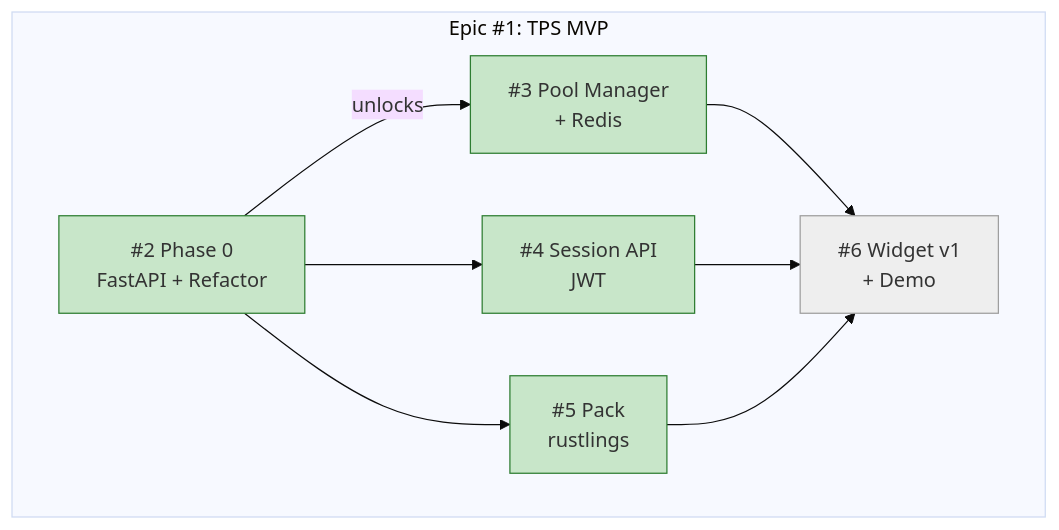
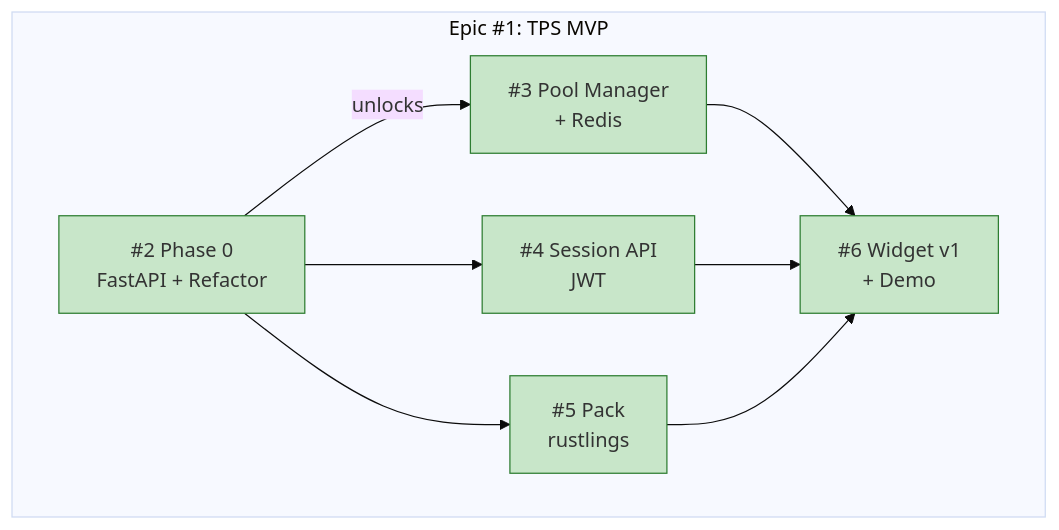
The diagram in docs/proposals/epic-1-tps-mvp/progress.md (info-tech-io/web-terminal), drawn with Mermaid (base theme) before and after one commit. The commit also changed other lines of this file and 12 other files, not shown here.

````diff
--- a/docs/proposals/epic-1-tps-mvp/progress.md
+++ b/docs/proposals/epic-1-tps-mvp/progress.md
@@ -5,17 +5,17 @@
 ```mermaid
 graph TD
     subgraph "Epic #1: TPS MVP"
         A["#2 Phase 0\nFastAPI + Refactor"] -->|unlocks| B["#3 Pool Manager\n+ Redis"]
         A --> C["#4 Session API\nJWT"]
         A --> D["#5 Pack\nrustlings"]
         B --> E["#6 Widget v1\n+ Demo"]
         C --> E
         D --> E
     end
 
     style A fill:#c8e6c9,stroke:#2e7d32
     style B fill:#c8e6c9,stroke:#2e7d32
     style C fill:#c8e6c9,stroke:#2e7d32
     style D fill:#c8e6c9,stroke:#2e7d32
-    style E fill:#eeeeee,stroke:#9e9e9e
+    style E fill:#c8e6c9,stroke:#2e7d32
 ```
````
